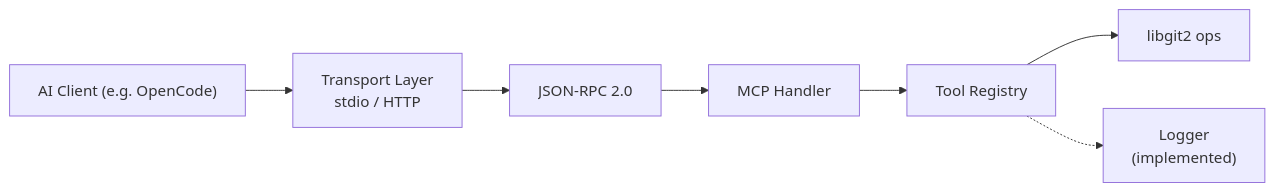
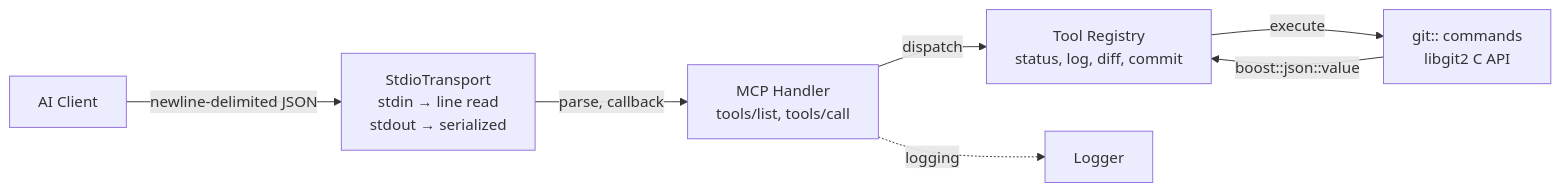
The first of 2 diagrams in DEV.md (pritam12426/git_pilot), drawn with Mermaid before and after one commit. The commit also changed other lines of this file and 31 other files, not shown here.

````diff
--- a/DEV.md
+++ b/DEV.md
@@ -8,17 +8,16 @@
 ```mermaid
 flowchart LR
-    Client["AI Client (e.g. OpenCode)"]
-    Transport["Transport Layer<br/>stdio / HTTP"]
-    JSONRPC["JSON-RPC 2.0"]
-    Handler["MCP Handler"]
-    Registry["Tool Registry"]
-    Git["libgit2 ops"]
-    Logger["Logger<br/>(implemented)"]
+    Client["AI Client"]
+    Stdio["StdioTransport<br/>stdin → line read<br/>stdout → serialized"]
+    MCP["MCP Handler<br/>tools/list, tools/call"]
+    Registry["Tool Registry<br/>status, log, diff, commit"]
+    GitOps["git:: commands<br/>libgit2 C API"]
+    Logger["Logger"]
 
-    Client --> Transport
-    Transport --> JSONRPC
-    JSONRPC --> Handler
-    Handler --> Registry
-    Registry --> Git
-    Registry -.-> Logger
+    Client -->|newline-delimited JSON| Stdio
+    Stdio -->|parse, callback| MCP
+    MCP -->|dispatch| Registry
+    Registry -->|execute| GitOps
+    GitOps -->|boost::json::value| Registry
+    MCP -.->|logging| Logger
 ```
````
